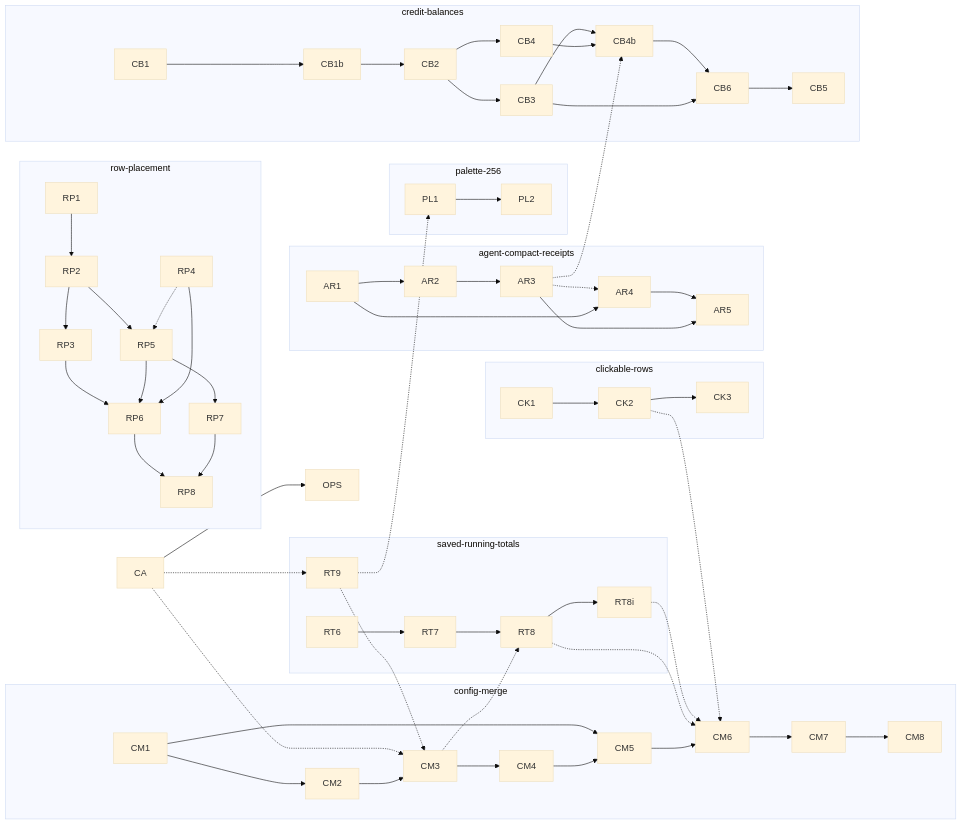
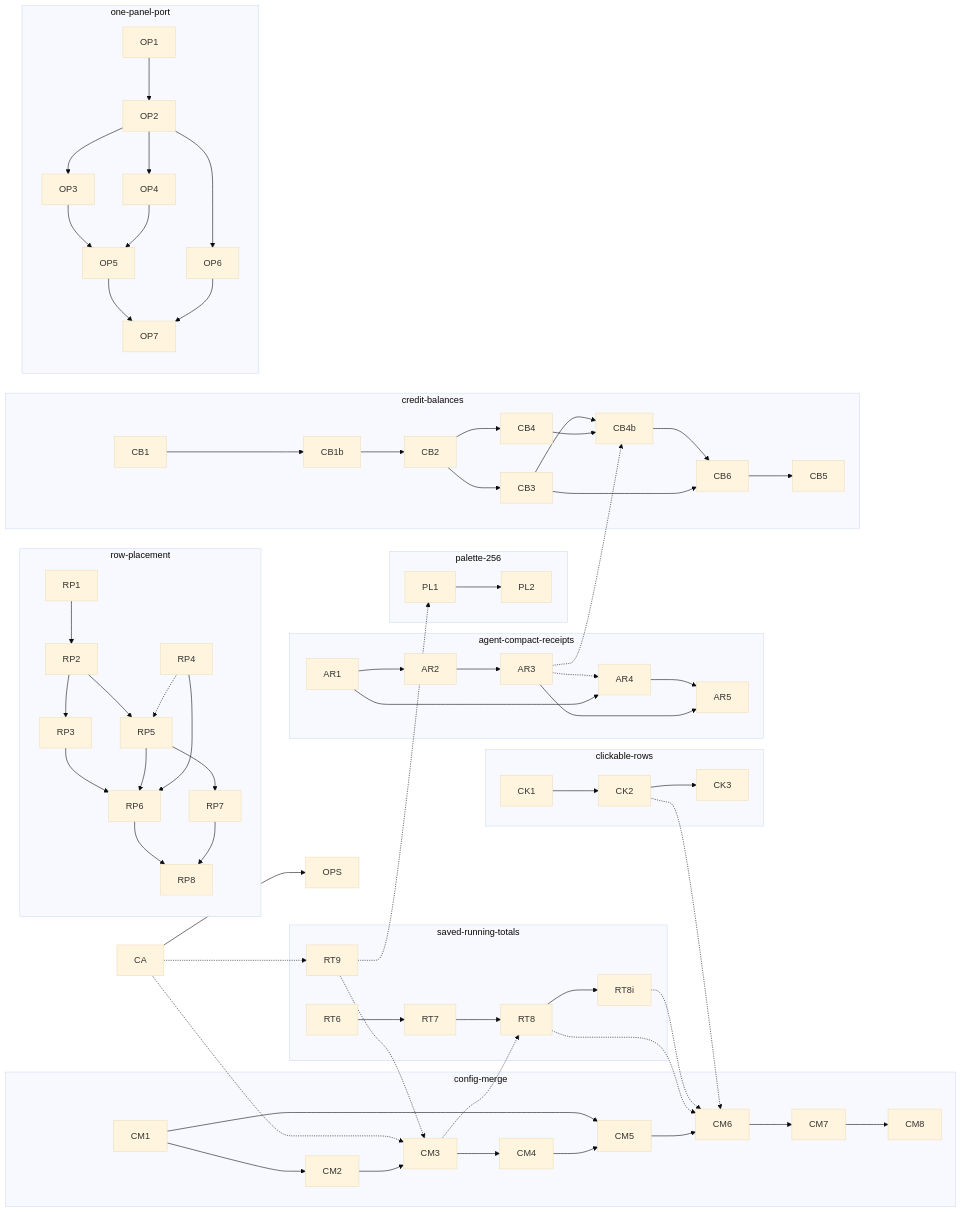
The diagram in agents/plans/_schedule.md (nhooey/claude-code-usage-statusline), drawn with Mermaid (base theme) before and after one commit. The commit also changed other lines of this file and 1 other file, not shown here.

First line of the commit message:
Approve the one-port plan and schedule OP1 to OP7

````diff
--- a/agents/plans/_schedule.md
+++ b/agents/plans/_schedule.md
@@ -91,46 +100,51 @@
 ```mermaid
 flowchart LR
   subgraph config-merge
     CM1 --> CM2 --> CM3 --> CM4 --> CM5 --> CM6 --> CM7 --> CM8
     CM1 --> CM5
   end
   subgraph saved-running-totals
     RT6 --> RT7 --> RT8 --> RT8i
     RT9
   end
   CA -.-> CM3
   CA -.-> RT9
   RT9 -.-> CM3
   CM3 -.-> RT8
   RT8 -.-> CM6
   RT8i -.-> CM6
   CA --> OPS
   subgraph clickable-rows
     CK1 --> CK2 --> CK3
   end
   subgraph palette-256
     PL1 --> PL2
   end
   CK2 -.-> CM6
   RT9 -.-> PL1
   subgraph row-placement
     RP1 --> RP2 --> RP3 --> RP6
     RP2 --> RP5 --> RP6
     RP4 --> RP6
     RP5 --> RP7
     RP6 --> RP8
     RP7 --> RP8
   end
   subgraph agent-compact-receipts
     AR1 --> AR2 --> AR3 --> AR5
     AR1 --> AR4 --> AR5
   end
   subgraph credit-balances
     CB1 --> CB1b --> CB2 --> CB3 --> CB6 --> CB5
     CB2 --> CB4 --> CB4b --> CB6
     CB3 --> CB4b
   end
   AR3 -.-> AR4
   AR3 -.-> CB4b
   RP4 -.-> RP5
+  subgraph one-panel-port
+    OP1 --> OP2 --> OP3 --> OP5 --> OP7
+    OP2 --> OP4 --> OP5
+    OP2 --> OP6 --> OP7
+  end
 ```
````
